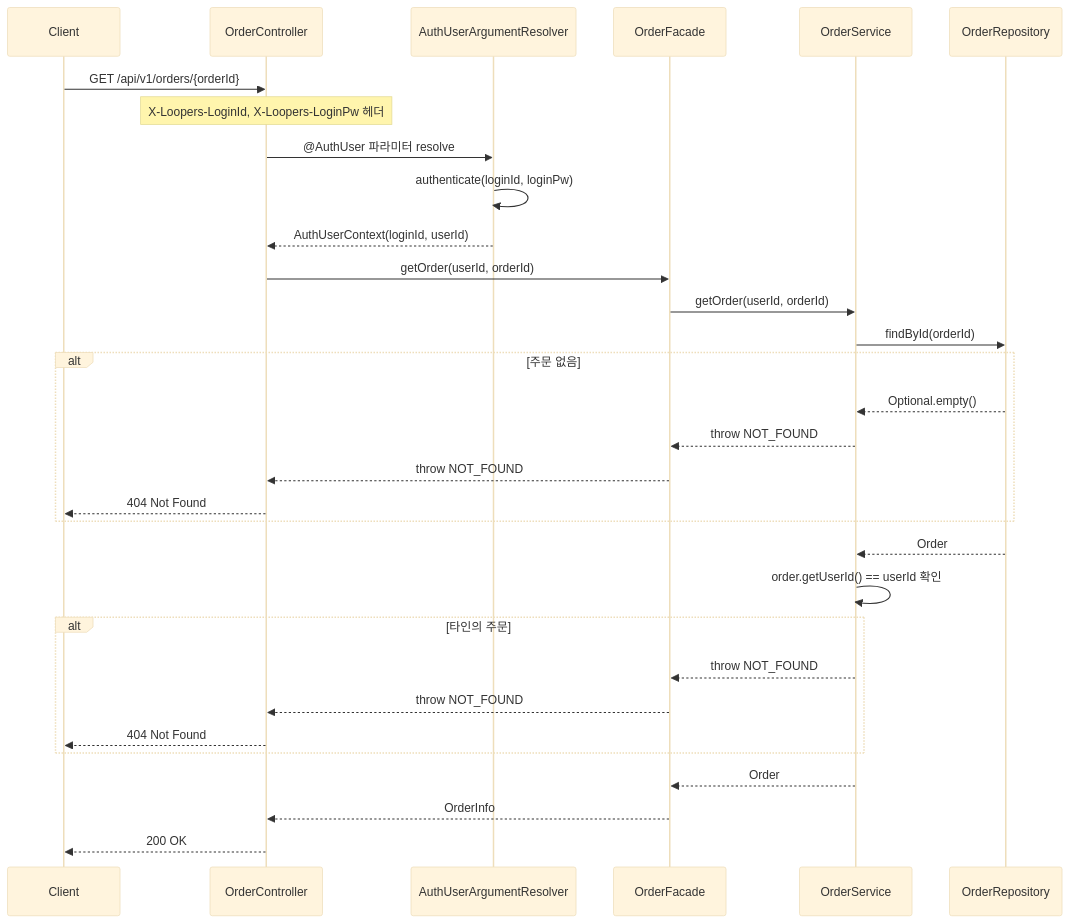
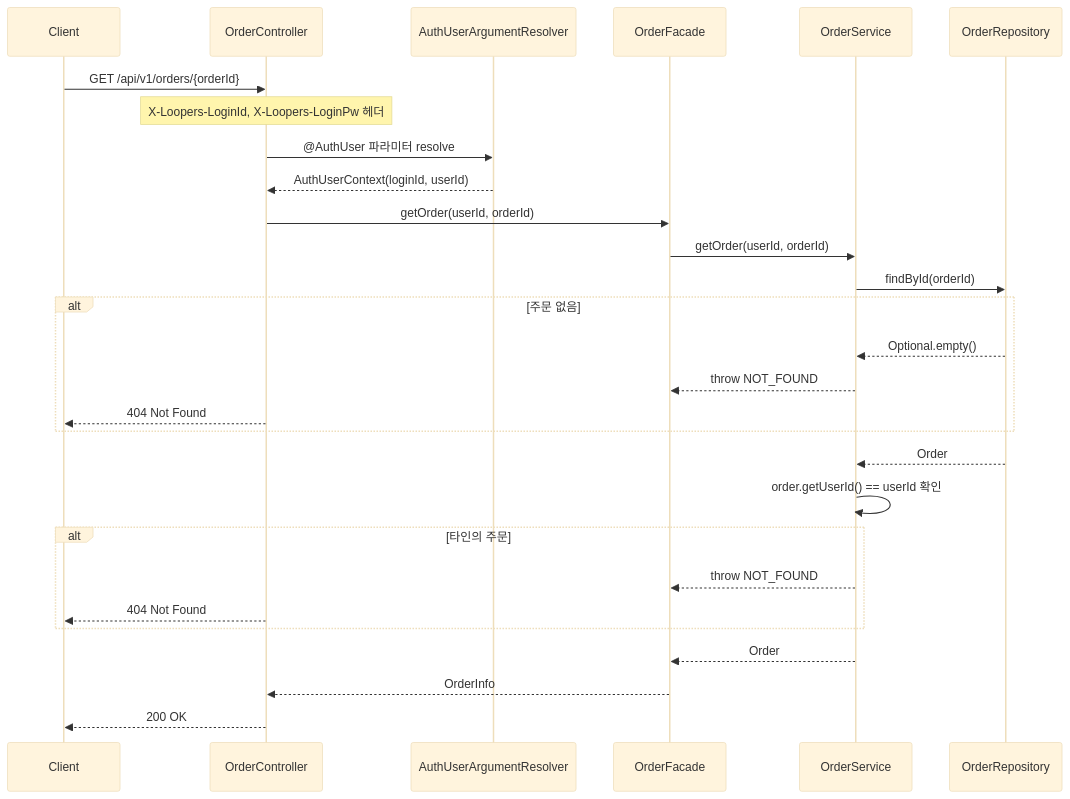
Before and after one commit to loopers-labs/loop-pack-be-l2-vol4-java: diagram 18 of 20 in docs/week2/02-sequence-diagrams.md, drawn with Mermaid (base theme). The commit also changed other lines of this file and 3 other files, not shown here.

First line of the commit message:
docs: 요구사항 정의서 전체 리라이트 및 시퀀스/클래스/ERD 보완

````diff
--- a/docs/week2/02-sequence-diagrams.md
+++ b/docs/week2/02-sequence-diagrams.md
@@ -473,39 +613,36 @@
 ```mermaid
 sequenceDiagram
     participant Client
     participant OrderController
     participant AuthUserArgumentResolver
     participant OrderFacade
     participant OrderService
     participant OrderRepository
 
     Client->>OrderController: GET /api/v1/orders/{orderId}
     Note over OrderController: X-Loopers-LoginId, X-Loopers-LoginPw 헤더
 
     OrderController->>AuthUserArgumentResolver: @AuthUser 파라미터 resolve
-    AuthUserArgumentResolver->>AuthUserArgumentResolver: authenticate(loginId, loginPw)
     AuthUserArgumentResolver-->>OrderController: AuthUserContext(loginId, userId)
 
     OrderController->>OrderFacade: getOrder(userId, orderId)
     OrderFacade->>OrderService: getOrder(userId, orderId)
 
     OrderService->>OrderRepository: findById(orderId)
     alt 주문 없음
         OrderRepository-->>OrderService: Optional.empty()
         OrderService-->>OrderFacade: throw NOT_FOUND
-        OrderFacade-->>OrderController: throw NOT_FOUND
         OrderController-->>Client: 404 Not Found
     end
     OrderRepository-->>OrderService: Order
 
     OrderService->>OrderService: order.getUserId() == userId 확인
     alt 타인의 주문
         OrderService-->>OrderFacade: throw NOT_FOUND
-        OrderFacade-->>OrderController: throw NOT_FOUND
         OrderController-->>Client: 404 Not Found
     end
 
     OrderService-->>OrderFacade: Order
     OrderFacade-->>OrderController: OrderInfo
     OrderController-->>Client: 200 OK
 ```
````
